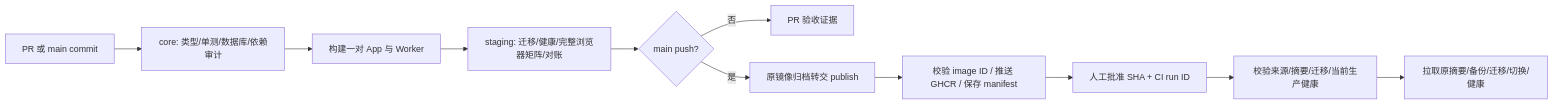
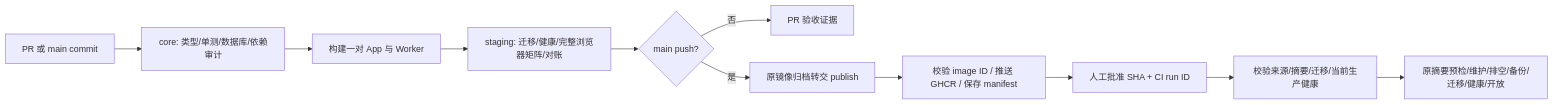
One commit to Jin070810/miaomiaojianjituan changed the diagram in docs/RELEASE-PIPELINE.md. Above: the diagram before and after it, drawn with Mermaid. The commit also changed other lines of this file and 6 other files, not shown here.

````diff
--- a/docs/RELEASE-PIPELINE.md
+++ b/docs/RELEASE-PIPELINE.md
@@ -7,13 +7,13 @@
 ```mermaid
 flowchart LR
   A[PR 或 main commit] --> B[core: 类型/单测/数据库/依赖审计]
   B --> C[构建一对 App 与 Worker]
   C --> D[staging: 迁移/健康/完整浏览器矩阵/对账]
   D --> E{main push?}
   E -->|否| F[PR 验收证据]
   E -->|是| G[原镜像归档转交 publish]
   G --> H[校验 image ID / 推送 GHCR / 保存 manifest]
   H --> I[人工批准 SHA + CI run ID]
   I --> J[校验来源/摘要/迁移/当前生产健康]
-  J --> K[拉取原摘要/备份/迁移/切换/健康]
+  J --> K[原摘要预检/维护/排空/备份/迁移/健康/开放]
 ```
````
